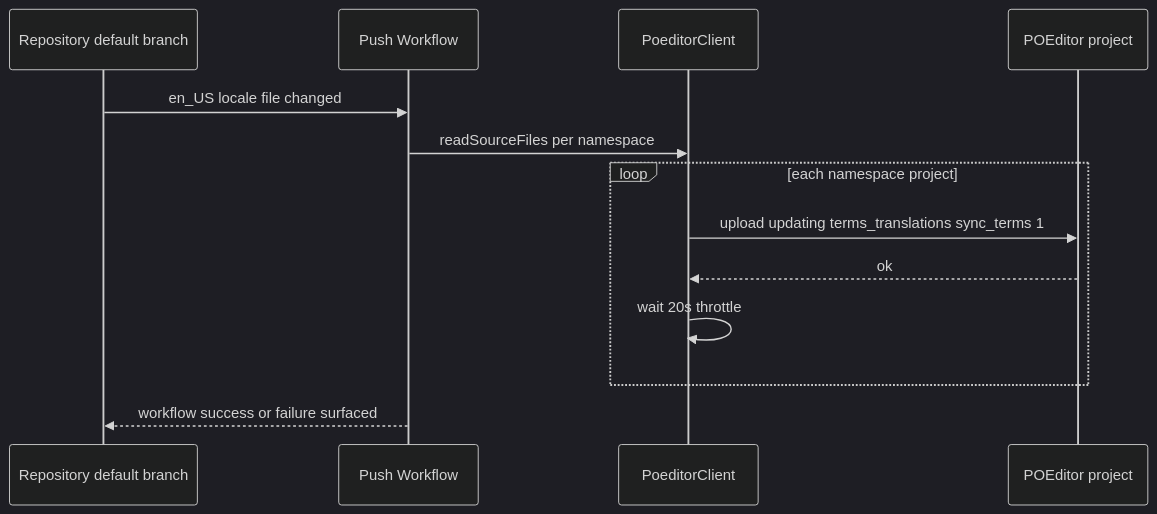
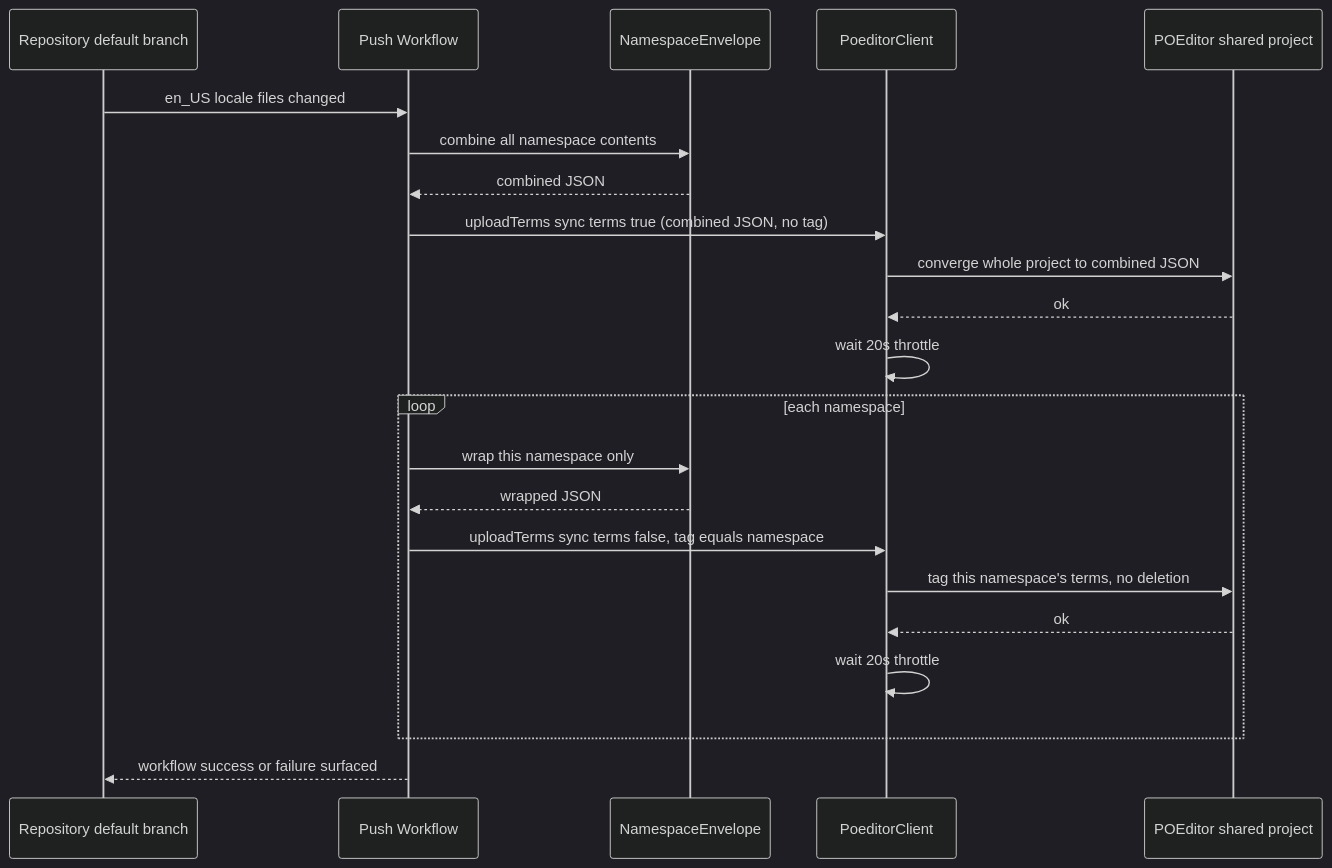
One commit to thr3a/growi changed the second of 3 diagrams in .kiro/specs/i18n-community-translation/design.md. Above: the diagram before and after it, drawn with Mermaid (dark theme). The commit also changed other lines of this file and 1 other file, not shown here.

````diff
--- a/.kiro/specs/i18n-community-translation/design.md
+++ b/.kiro/specs/i18n-community-translation/design.md
@@ -148,16 +155,25 @@
 ```mermaid
 sequenceDiagram
     participant Repo as Repository default branch
     participant Push as Push Workflow
+    participant Envelope as NamespaceEnvelope
     participant Client as PoeditorClient
-    participant PE as POEditor project
+    participant PE as POEditor shared project
 
-    Repo->>Push: en_US locale file changed
-    Push->>Client: readSourceFiles per namespace
-    loop each namespace project
-        Client->>PE: upload updating terms_translations sync_terms 1
+    Repo->>Push: en_US locale files changed
+    Push->>Envelope: combine all namespace contents
+    Envelope-->>Push: combined JSON
+    Push->>Client: uploadTerms sync terms true (combined JSON, no tag)
+    Client->>PE: converge whole project to combined JSON
+    PE-->>Client: ok
+    Client->>Client: wait 20s throttle
+    loop each namespace
+        Push->>Envelope: wrap this namespace only
+        Envelope-->>Push: wrapped JSON
+        Push->>Client: uploadTerms sync terms false, tag equals namespace
+        Client->>PE: tag this namespace's terms, no deletion
         PE-->>Client: ok
         Client->>Client: wait 20s throttle
     end
     Push-->>Repo: workflow success or failure surfaced
 ```
````
